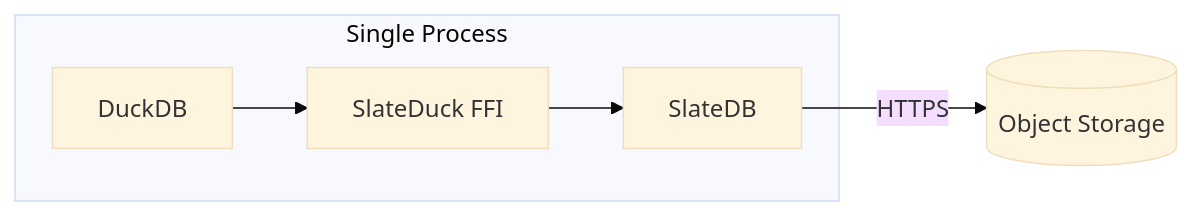
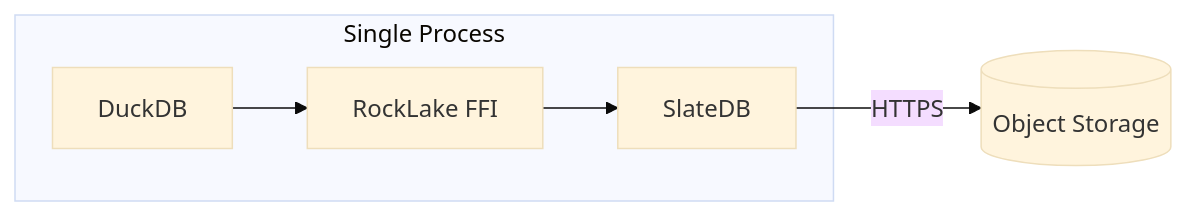
One commit to trickle-labs/rocklake changed the fifth of 6 diagrams in docs/architecture/overview.md. Above: the diagram before and after it, drawn with Mermaid (base theme). The commit also changed other lines of this file and 398 other files, not shown here.

First line of the commit message:
rename: SlateDuck -> RockLake across entire codebase (#48)

````diff
--- a/docs/architecture/overview.md
+++ b/docs/architecture/overview.md
@@ -239,8 +239,8 @@
 ```mermaid
 graph LR
     subgraph "Single Process"
-        DDB[DuckDB] --> FFI[SlateDuck FFI]
+        DDB[DuckDB] --> FFI[RockLake FFI]
         FFI --> SDB[SlateDB]
     end
     SDB -->|HTTPS| S3[(Object Storage)]
 ```
````
